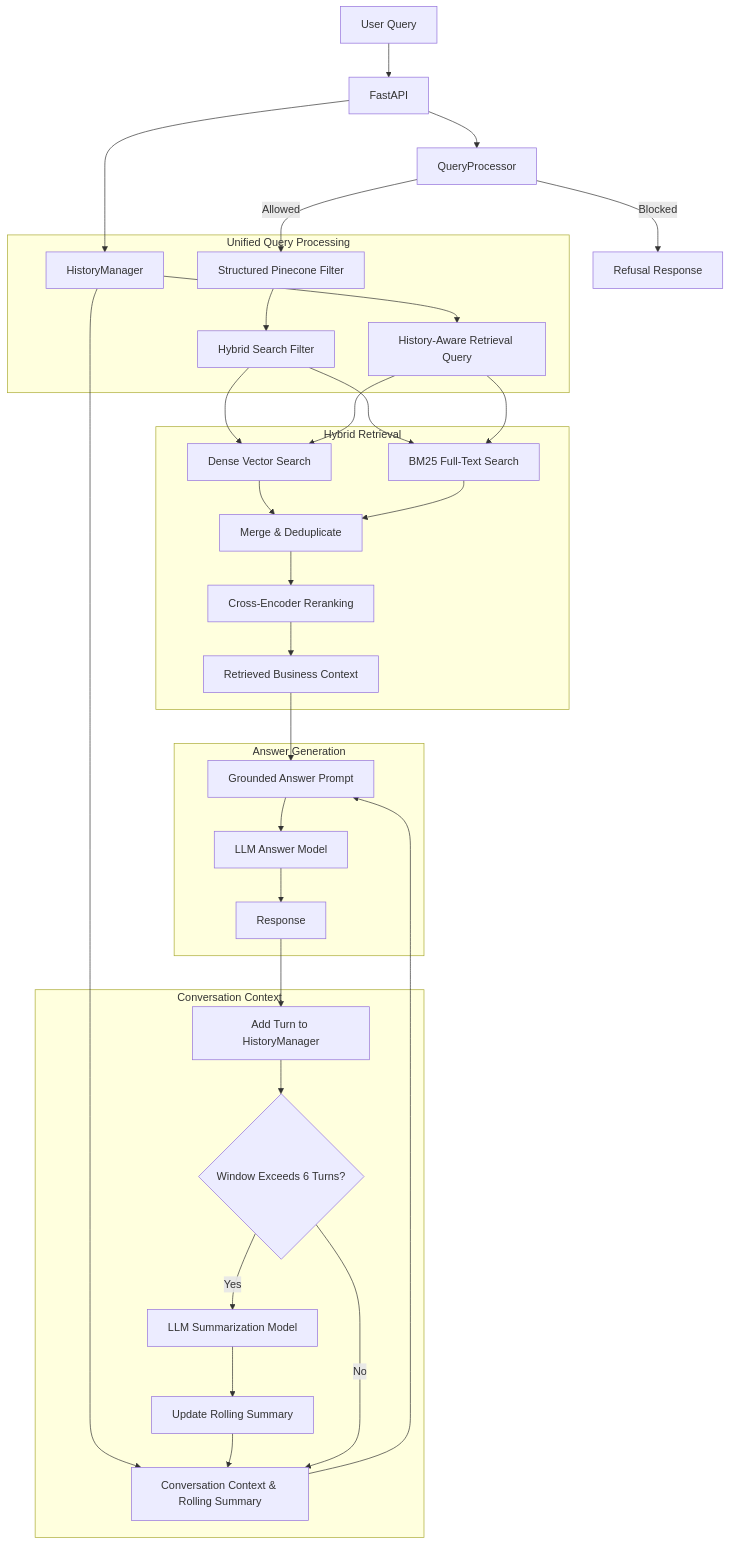
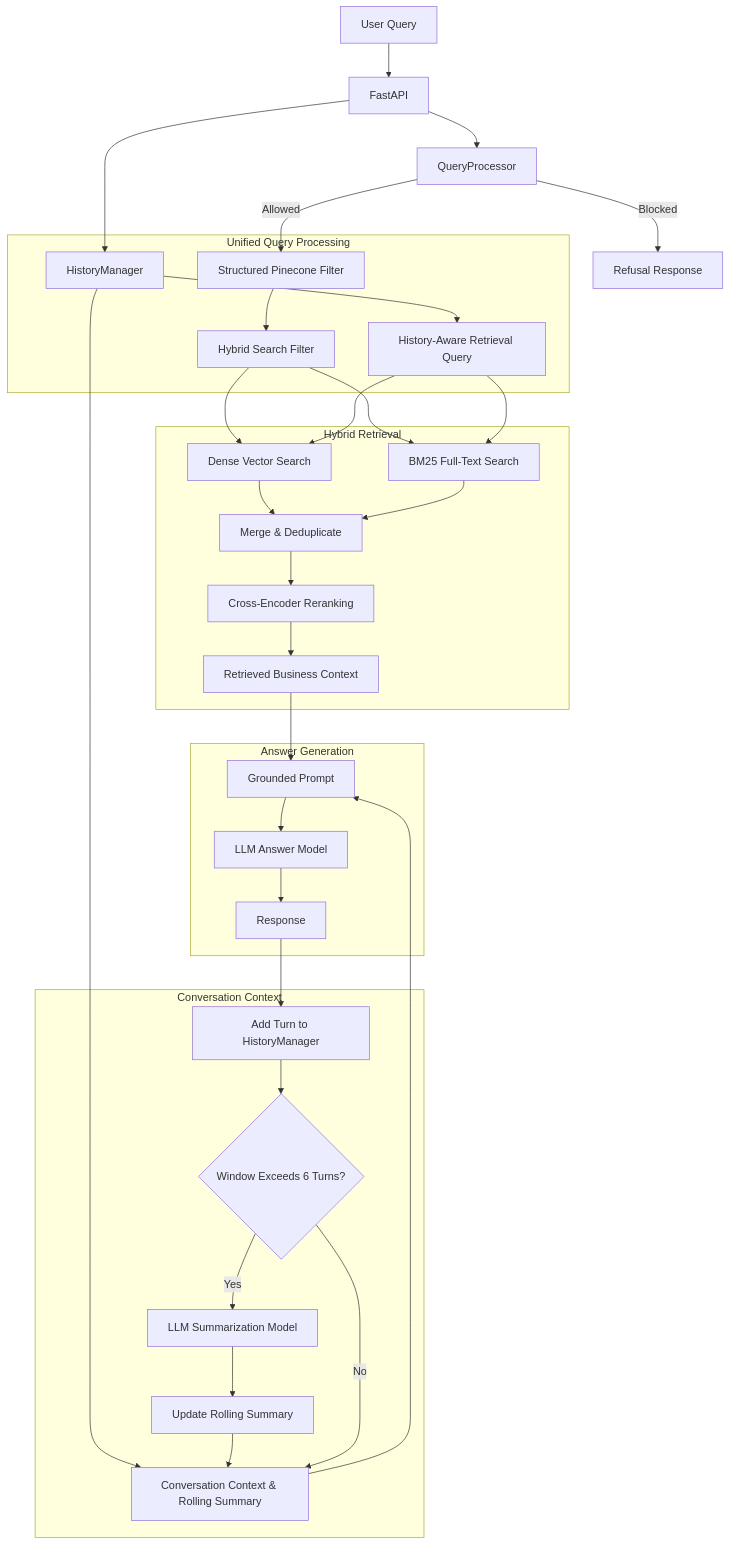
Before and after one commit to sufyanAshraf/RAG_: the diagram in README.md, drawn with Mermaid.

Commit message:
Update README to rename 'Grounded Answer Prompt' to 'Grounded Prompt' in flowchart

````diff
--- a/README.md
+++ b/README.md
@@ -85,48 +85,48 @@
 ```mermaid
 flowchart TD
 
     A[User Query] --> B[FastAPI]
     B --> C[HistoryManager]
     B --> QP[QueryProcessor]
 
     QP -- Blocked --> BR[Refusal Response]
     QP -- Allowed --> D[Structured Pinecone Filter]
 
     subgraph QUERY["Unified Query Processing"]
         C --> F[History-Aware Retrieval Query]
         D --> E[Hybrid Search Filter]
     end
 
     subgraph RETRIEVAL["Hybrid Retrieval"]
         E --> G[Dense Vector Search]
         E --> H[BM25 Full-Text Search]
         F --> G
         F --> H
         G --> I[Merge & Deduplicate]
         H --> I
         I --> J[Cross-Encoder Reranking]
         J --> K[Retrieved Business Context]
     end
 
-    K --> L[Grounded Answer Prompt]
+    K --> L[Grounded Prompt]
     O --> L
 
     subgraph GENERATION["Answer Generation"]
         L --> M[LLM Answer Model]
         M --> N[Response]
     end
 
     subgraph CONTEXT["Conversation Context"]
         C --> O[Conversation Context & Rolling Summary]
 
         N --> P[Add Turn to HistoryManager]
 
         P --> Q{Window Exceeds 6 Turns?}
 
         Q -- Yes --> R[LLM Summarization Model]
         R --> S[Update Rolling Summary]
         S --> O
     end
 
     Q -- No --> O
 ```
````
